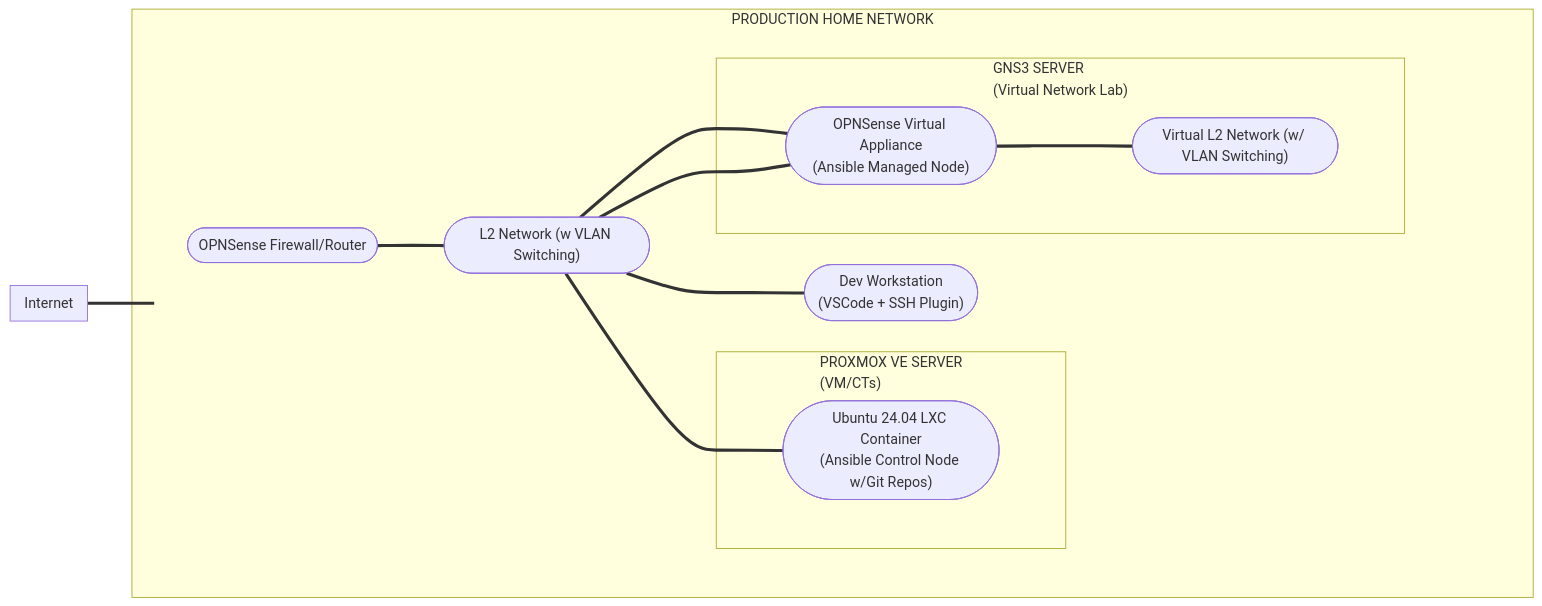
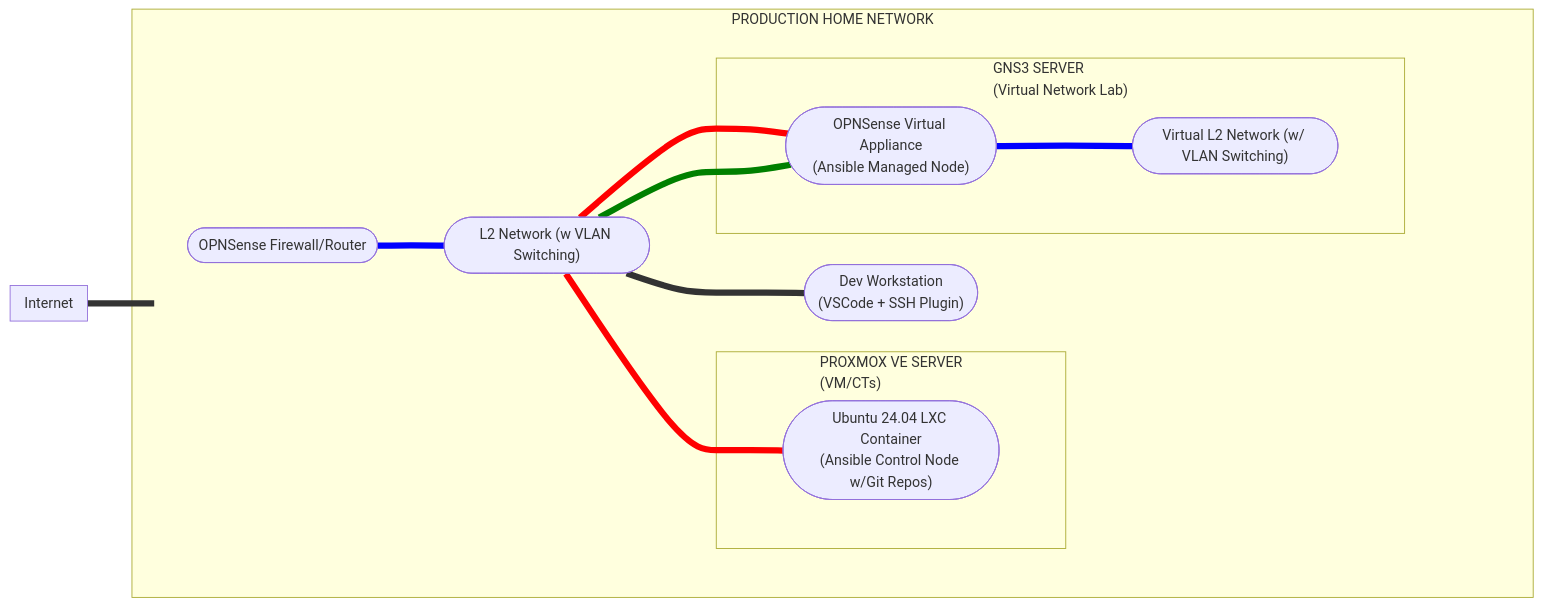
Before and after one commit to drinferno2001/HOME_NETWORK_AUTOMATION_WIKI: the diagram in docs/env_setup/index.md, drawn with Mermaid. The commit also changed other lines of this file, not shown here.

Commit message:
Network Diagram: Added comment blocks for Mermaid code block and applied color-coding styling to node links (along with creating a markdown table to document them).

````diff
--- a/docs/env_setup/index.md
+++ b/docs/env_setup/index.md
@@ -12,5 +12,9 @@
 ``` mermaid
 flowchart LR
+
+    %%%%%%%%%%%
+    %% NODES %%
+    %%%%%%%%%%%
 
     %% Define Production Home Network Nodes
 
@@ -27,52 +31,95 @@
     VIRT_OPNSense(["OPNSense Virtual Appliance<br/>(Ansible Managed Node)"])
     VIRT_Switching(["Virtual L2 Network (w/ VLAN Switching)"])
 
+    %%%%%%%%%%%%%%%%%%%%%%%%%%%%%%%%
+    %% DEFINE SUBGRAPH STRUCTURES %%
+    %%%%%%%%%%%%%%%%%%%%%%%%%%%%%%%%
+
     %% Define Internet Subgraph
     
     subgraph Internet
     end
     
+    %% Define Production Home Network Subgraph (and any nested/formatting-type subgraphs)
     subgraph Production_Home_Network [PRODUCTION HOME NETWORK]
         subgraph PHN_Container[" "]
             direction LR
             
-            PRD_OPNSense === PRD_Switching
-            PRD_Switching === DEV_Workstation
+            PRD_OPNSense
+            PRD_Switching
+            DEV_Workstation
             
             %% Define Proxmox VE Server Block
             subgraph Proxmox_VE_Server ["PROXMOX VE SERVER<br/>(VM/CTs)"]
                 subgraph Proxmox_VE_Server_Padding[" "]
                     PVE_LXC
                 end
-
                 Proxmox_VE_Server_Padding:::hidden
             end
 
             %% Define GNS3 Server Block
             subgraph GNS3_Server ["GNS3 SERVER<br/>(Virtual Network Lab)"]
                 subgraph GNS3_Server_Padding[" "]
-                    VIRT_OPNSense === VIRT_Switching
+                    VIRT_OPNSense
+                    VIRT_Switching
                 end
 
                 GNS3_Server_Padding:::hidden
             end
-
-            PRD_Switching === PVE_LXC
-            PRD_Switching === VIRT_OPNSense
-            PRD_Switching === VIRT_OPNSense
         end
 
         subgraph PHN_Padding[" "]
         end
-
-        PHN_Container:::hidden ~~~ PHN_Padding:::hidden
     end
 
-    Production_Home_Network:::PROD
+    %%%%%%%%%%%%%%%%%%%%%%
+    %% Link Definitions %%
+    %%%%%%%%%%%%%%%%%%%%%%
 
+    %% Link ID: 0 (INTERNET TO OPNSENSE PROD FIREWALL)
     Internet === PRD_OPNSense
 
-    %% Styles
+    %% Link ID: 1 (OPSENSE PROD FIREWALL TO PROD LAN)
+    PRD_OPNSense === PRD_Switching
 
+    %% Link ID: 2 and 3 (PROD LAN TO VIRTUAL OPNSENSE APPLIANCE)
+    PRD_Switching === VIRT_OPNSense
+    PRD_Switching === VIRT_OPNSense
+
+    %% Link ID: 4 (VIRTUAL OPNSENSE APPLIANCE TO VIRTUAL LAN)
+    VIRT_OPNSense === VIRT_Switching
+
+    %% Link ID: 5 (PROD LAN TO DEVELOPMENT WORKSTATION)
+    PRD_Switching === DEV_Workstation
+
+    %% Link ID: 6 (PROD LAN TO PROXMOX LXC)
+    PRD_Switching === PVE_LXC
+
+    %% Link ID: 7 (HIDDEN LINK FOR Production Home Network block formatting)
+    PHN_Container:::hidden ~~~ PHN_Padding:::hidden
+
+    %%%%%%%%%%%%
+    %% Styles %%
+    %%%%%%%%%%%%
+
+    %% Hidden Nodes Style
     classDef hidden fill:#0000,stroke:#0000
+
+    %% VLAN Trunk Link Style
+    linkStyle 1,4 stroke-width:7px,stroke:blue
+
+    %% OPNSense Virtual Appliance MGMT Link Style
+    linkStyle 2,6 stroke-width:7px,stroke:red
+
+    %% OPNSense Virtual Appliance WAN Link Style
+    linkStyle 3 stroke-width:7px,stroke:green
+
+    %% 'Other' Link Style
+    linkStyle 0,5 stroke-width:7px
+
+    %%%%%%%%%%%%%%%%%%%%%%%%%%%%%%%%%%%%
+    %% Class-Based Style Applications %%
+    %%%%%%%%%%%%%%%%%%%%%%%%%%%%%%%%%%%%
+
+    Production_Home_Network:::PROD
 ```
````
